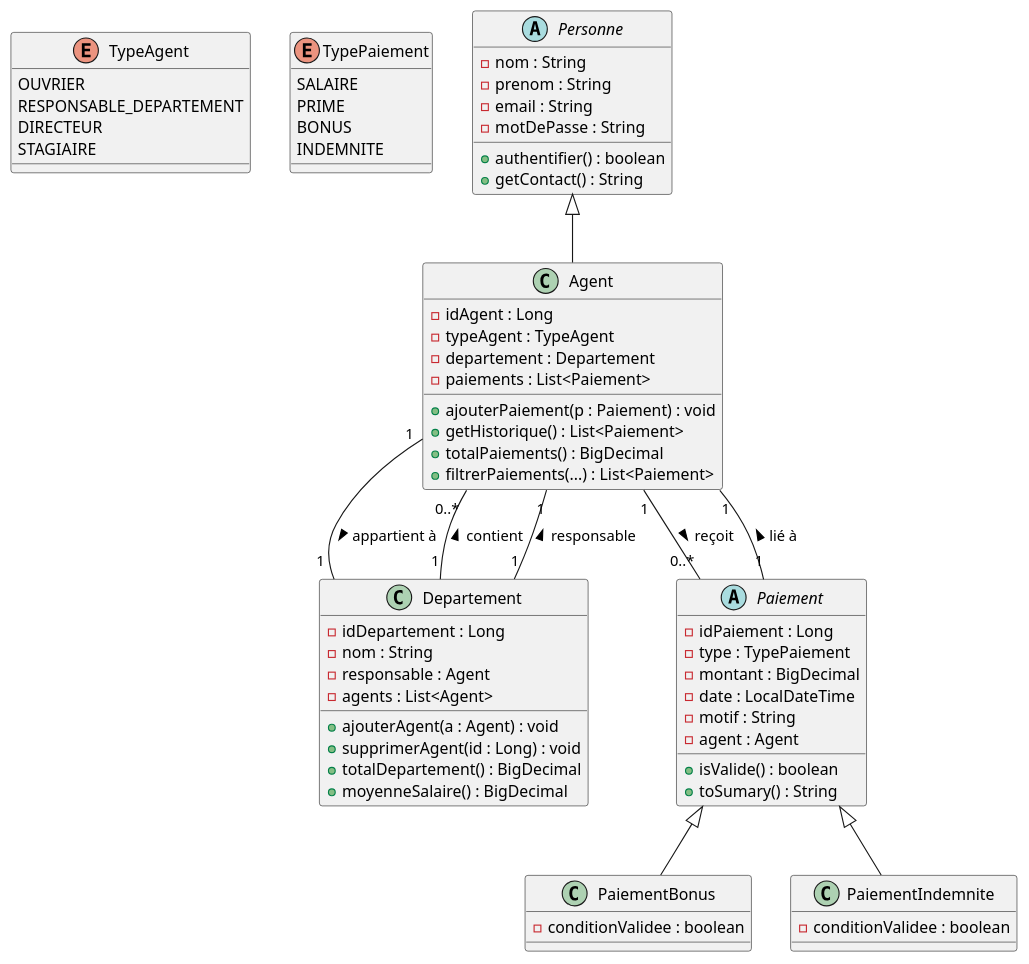
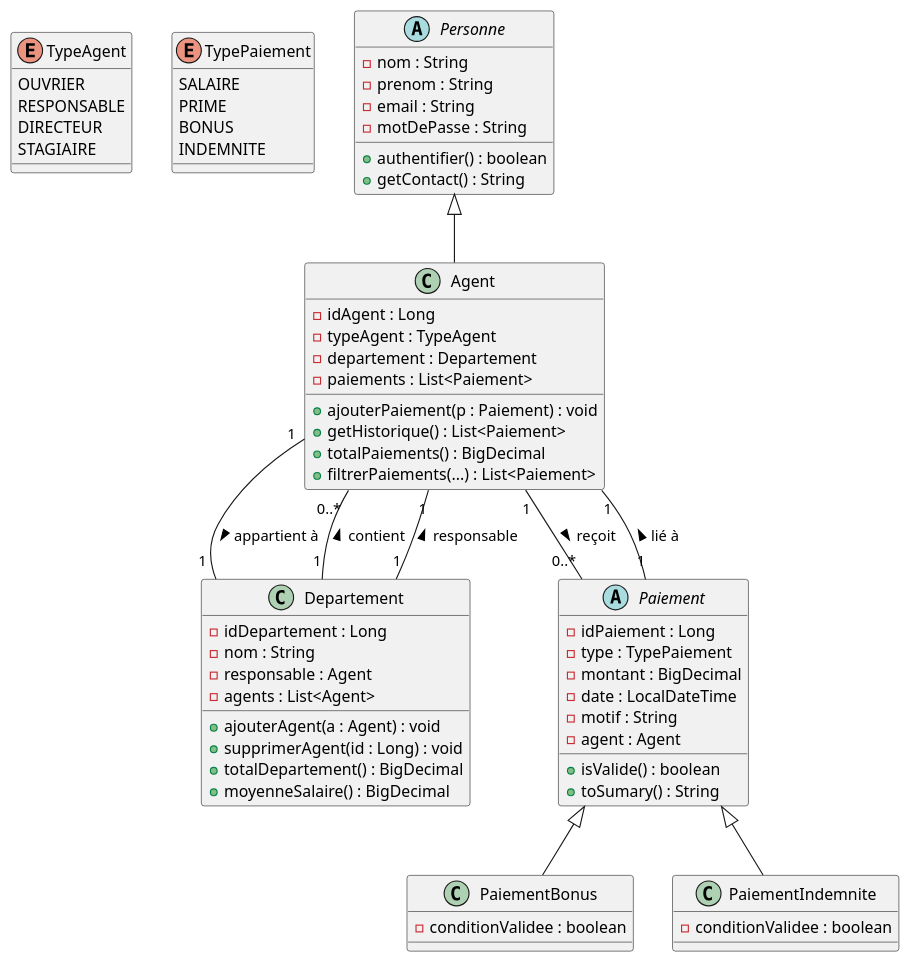
One commit to MouadHallaffou/AgentPay changed the diagram in class_diagram.puml. Above: the diagram before and after it, drawn with PlantUML. The commit also changed 11 other files, not shown here.

```diff
--- a/class_diagram.puml
+++ b/class_diagram.puml
@@ -1,96 +1,96 @@
 @startuml
 
 ' =====================
 ' ENUMS
 ' =====================
 enum TypeAgent {
   OUVRIER
-  RESPONSABLE_DEPARTEMENT
+  RESPONSABLE
   DIRECTEUR
   STAGIAIRE
 }
 
 enum TypePaiement {
   SALAIRE
   PRIME
   BONUS
   INDEMNITE
 }
 
 ' =====================
 ' CLASSES
 ' =====================
 abstract class Personne {
   - nom : String
   - prenom : String
   - email : String
   - motDePasse : String
 
   + authentifier() : boolean
   + getContact() : String
 }
 
 class Agent extends Personne {
   - idAgent : Long
   - typeAgent : TypeAgent
   - departement : Departement
   - paiements : List<Paiement>
 
   + ajouterPaiement(p : Paiement) : void
   + getHistorique() : List<Paiement>
   + totalPaiements() : BigDecimal
   + filtrerPaiements(...) : List<Paiement>
 }
 
 class Departement {
   - idDepartement : Long
   - nom : String
   - responsable : Agent
   - agents : List<Agent>
 
   + ajouterAgent(a : Agent) : void
   + supprimerAgent(id : Long) : void
   + totalDepartement() : BigDecimal
   + moyenneSalaire() : BigDecimal
 }
 
 abstract class Paiement {
   - idPaiement : Long
   - type : TypePaiement
   - montant : BigDecimal
   - date : LocalDateTime
   - motif : String
   - agent : Agent
 
   + isValide() : boolean
   + toSumary() : String
 }
 
 class PaiementBonus extends Paiement {
   - conditionValidee : boolean
 }
 
 class PaiementIndemnite extends Paiement {
   - conditionValidee : boolean
 }
 
 ' =====================
 ' RELATIONS
 ' =====================
 
 ' Un département contient plusieurs agents
 Departement "1" -- "0..*" Agent : contient >
 
 ' Un agent appartient à exactement 1 département
 Agent "1" -- "1" Departement : appartient à >
 
 ' Un agent a plusieurs paiements
 Agent "1" -- "0..*" Paiement : reçoit >
 
 ' Un paiement appartient à un seul agent
 Paiement "1" -- "1" Agent : lié à >
 
 ' Un département a exactement 1 responsable
 Departement "1" -- "1" Agent : responsable >
 
 @enduml
```
